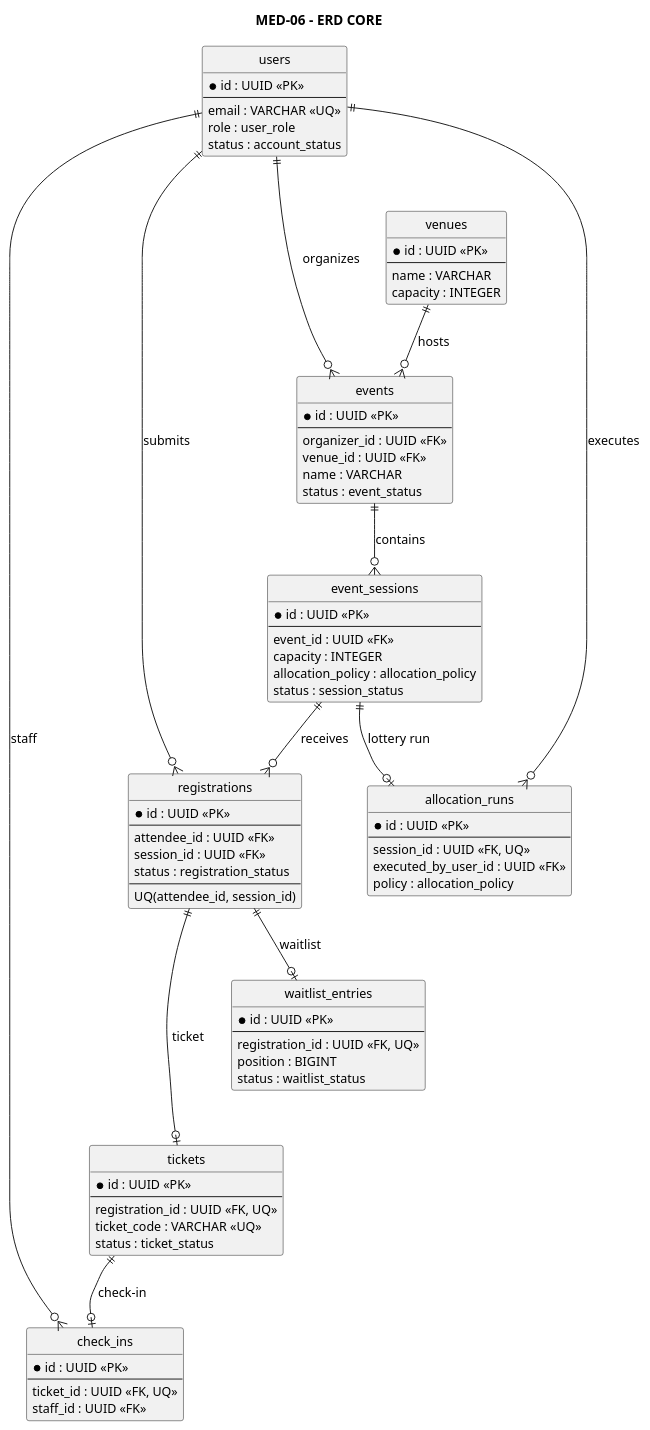
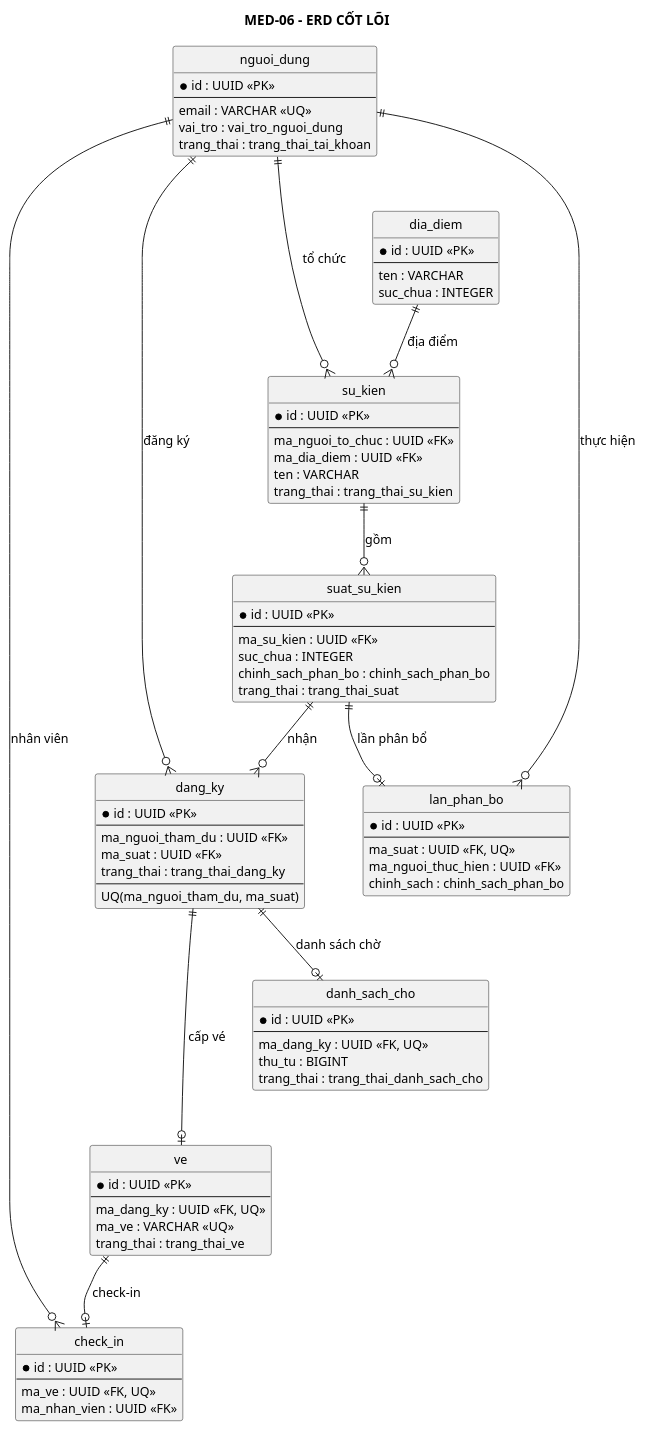
The diagram in PTTK/04_ERD/01-erd-core.puml (anh632k-ui/OOP-DoAn), drawn with PlantUML before and after one commit.

Commit message:
docs(tv): Việt hóa ERD cốt lõi

```diff
--- a/PTTK/04_ERD/01-erd-core.puml
+++ b/PTTK/04_ERD/01-erd-core.puml
@@ -1,104 +1,102 @@
 @startuml
 top to bottom direction
 skinparam monochrome true
 skinparam shadowing false
 skinparam defaultFontSize 13
 skinparam nodesep 55
 skinparam ranksep 55
 hide circle
 
-title MED-06 - ERD CORE
+title MED-06 - ERD CỐT LÕI
 
-entity "users" as users {
+entity "nguoi_dung" as nguoi_dung {
   * id : UUID <<PK>>
   --
   email : VARCHAR <<UQ>>
-  role : user_role
-  status : account_status
+  vai_tro : vai_tro_nguoi_dung
+  trang_thai : trang_thai_tai_khoan
 }
 
-entity "venues" as venues {
+entity "dia_diem" as dia_diem {
   * id : UUID <<PK>>
   --
-  name : VARCHAR
-  capacity : INTEGER
+  ten : VARCHAR
+  suc_chua : INTEGER
 }
 
-entity "events" as events {
+entity "su_kien" as su_kien {
   * id : UUID <<PK>>
   --
-  organizer_id : UUID <<FK>>
-  venue_id : UUID <<FK>>
-  name : VARCHAR
-  status : event_status
+  ma_nguoi_to_chuc : UUID <<FK>>
+  ma_dia_diem : UUID <<FK>>
+  ten : VARCHAR
+  trang_thai : trang_thai_su_kien
 }
 
-entity "event_sessions" as sessions {
+entity "suat_su_kien" as suat {
   * id : UUID <<PK>>
   --
-  event_id : UUID <<FK>>
-  capacity : INTEGER
-  allocation_policy : allocation_policy
-  status : session_status
+  ma_su_kien : UUID <<FK>>
+  suc_chua : INTEGER
+  chinh_sach_phan_bo : chinh_sach_phan_bo
+  trang_thai : trang_thai_suat
 }
 
-entity "registrations" as registrations {
+entity "dang_ky" as dang_ky {
   * id : UUID <<PK>>
   --
-  attendee_id : UUID <<FK>>
-  session_id : UUID <<FK>>
-  status : registration_status
+  ma_nguoi_tham_du : UUID <<FK>>
+  ma_suat : UUID <<FK>>
+  trang_thai : trang_thai_dang_ky
   --
-  UQ(attendee_id, session_id)
+  UQ(ma_nguoi_tham_du, ma_suat)
 }
 
-entity "waitlist_entries" as waitlist {
+entity "danh_sach_cho" as danh_sach_cho {
   * id : UUID <<PK>>
   --
-  registration_id : UUID <<FK, UQ>>
-  position : BIGINT
-  status : waitlist_status
+  ma_dang_ky : UUID <<FK, UQ>>
+  thu_tu : BIGINT
+  trang_thai : trang_thai_danh_sach_cho
 }
 
-entity "tickets" as tickets {
+entity "ve" as ve {
   * id : UUID <<PK>>
   --
-  registration_id : UUID <<FK, UQ>>
-  ticket_code : VARCHAR <<UQ>>
-  status : ticket_status
+  ma_dang_ky : UUID <<FK, UQ>>
+  ma_ve : VARCHAR <<UQ>>
+  trang_thai : trang_thai_ve
 }
 
-entity "check_ins" as checkins {
+entity "check_in" as check_in {
   * id : UUID <<PK>>
   --
-  ticket_id : UUID <<FK, UQ>>
-  staff_id : UUID <<FK>>
+  ma_ve : UUID <<FK, UQ>>
+  ma_nhan_vien : UUID <<FK>>
 }
 
-entity "allocation_runs" as runs {
+entity "lan_phan_bo" as lan_phan_bo {
   * id : UUID <<PK>>
   --
-  session_id : UUID <<FK, UQ>>
-  executed_by_user_id : UUID <<FK>>
-  policy : allocation_policy
+  ma_suat : UUID <<FK, UQ>>
+  ma_nguoi_thuc_hien : UUID <<FK>>
+  chinh_sach : chinh_sach_phan_bo
 }
 
-users ||--o{ events : organizes
-venues ||--o{ events : hosts
-events ||--o{ sessions : contains
-users ||--o{ registrations : submits
-sessions ||--o{ registrations : receives
-registrations ||--o| waitlist : waitlist
-registrations ||--o| tickets : ticket
-tickets ||--o| checkins : check-in
-sessions ||--o| runs : lottery run
-users ||--o{ checkins : staff
-users ||--o{ runs : executes
+nguoi_dung ||--o{ su_kien : tổ chức
+dia_diem ||--o{ su_kien : địa điểm
+su_kien ||--o{ suat : gồm
+nguoi_dung ||--o{ dang_ky : đăng ký
+suat ||--o{ dang_ky : nhận
+dang_ky ||--o| danh_sach_cho : danh sách chờ
+dang_ky ||--o| ve : cấp vé
+ve ||--o| check_in : check-in
+suat ||--o| lan_phan_bo : lần phân bổ
+nguoi_dung ||--o{ check_in : nhân viên
+nguoi_dung ||--o{ lan_phan_bo : thực hiện
 
-' Layout helpers - valid hidden arrows.
-users -[hidden]-> venues
-sessions -[hidden]-> runs
-waitlist -[hidden]-> tickets
-tickets -[hidden]-> checkins
-
+nguoi_dung -[hidden]-> dia_diem
+suat -[hidden]-> lan_phan_bo
+danh_sach_cho -[hidden]-> ve
+ve -[hidden]-> check_in
 @enduml
```
